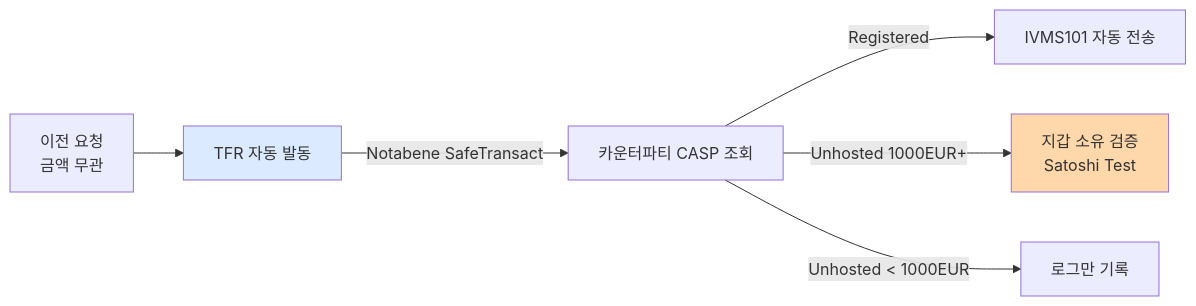
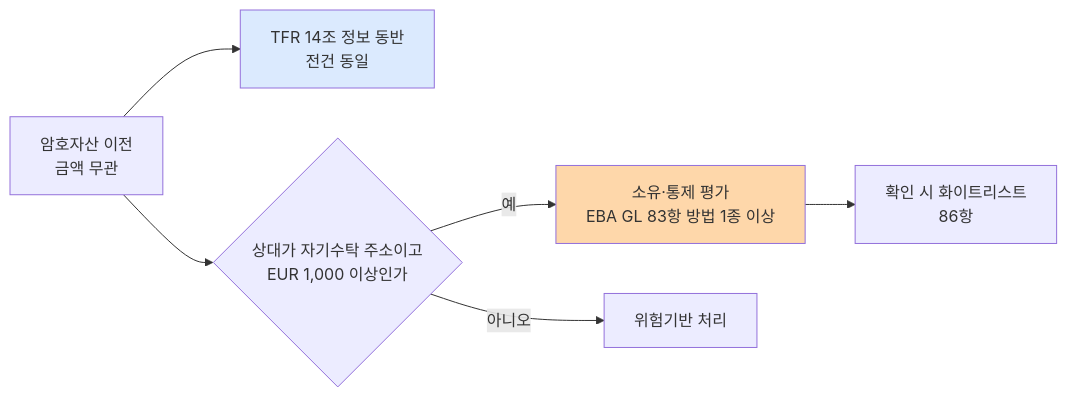
The second of 2 diagrams in notes/2-regulations/eu-mica-amlr.md (lala-david/aml-notes), drawn with Mermaid before and after one commit. The commit also changed other lines of this file and 379 other files, not shown here.

First line of the commit message:
notes,kb,en,deep,charts: 2026-10-21 기준 정정 46건 반영 — 출처 없는 수치를 걷어내고 다이어그램을 다시 그림

````diff
--- a/notes/2-regulations/eu-mica-amlr.md
+++ b/notes/2-regulations/eu-mica-amlr.md
@@ -248,10 +118,10 @@
 ```mermaid
 flowchart LR
-    TX[이전 요청<br/>금액 무관] --> TR[TFR 자동 발동]
-    TR -->|Notabene SafeTransact| CP[카운터파티 CASP 조회]
-    CP -->|Registered| AUTO[IVMS101 자동 전송]
-    CP -->|Unhosted 1000EUR+| VER[지갑 소유 검증<br/>Satoshi Test]
-    CP -->|Unhosted < 1000EUR| LOG[로그만 기록]
-    style TR fill:#dbeafe
+    TX["암호자산 이전<br/>금액 무관"] --> INFO["TFR 14조 정보 동반<br/>전건 동일"]
+    TX --> Q{"상대가 자기수탁 주소이고<br/>EUR 1,000 이상인가"}
+    Q -->|"예"| VER["소유·통제 평가<br/>EBA GL 83항 방법 1종 이상"]
+    Q -->|"아니오"| RISK["위험기반 처리"]
+    VER --> WL["확인 시 화이트리스트<br/>86항"]
+    style INFO fill:#dbeafe
     style VER fill:#fed7aa
 ```
````
